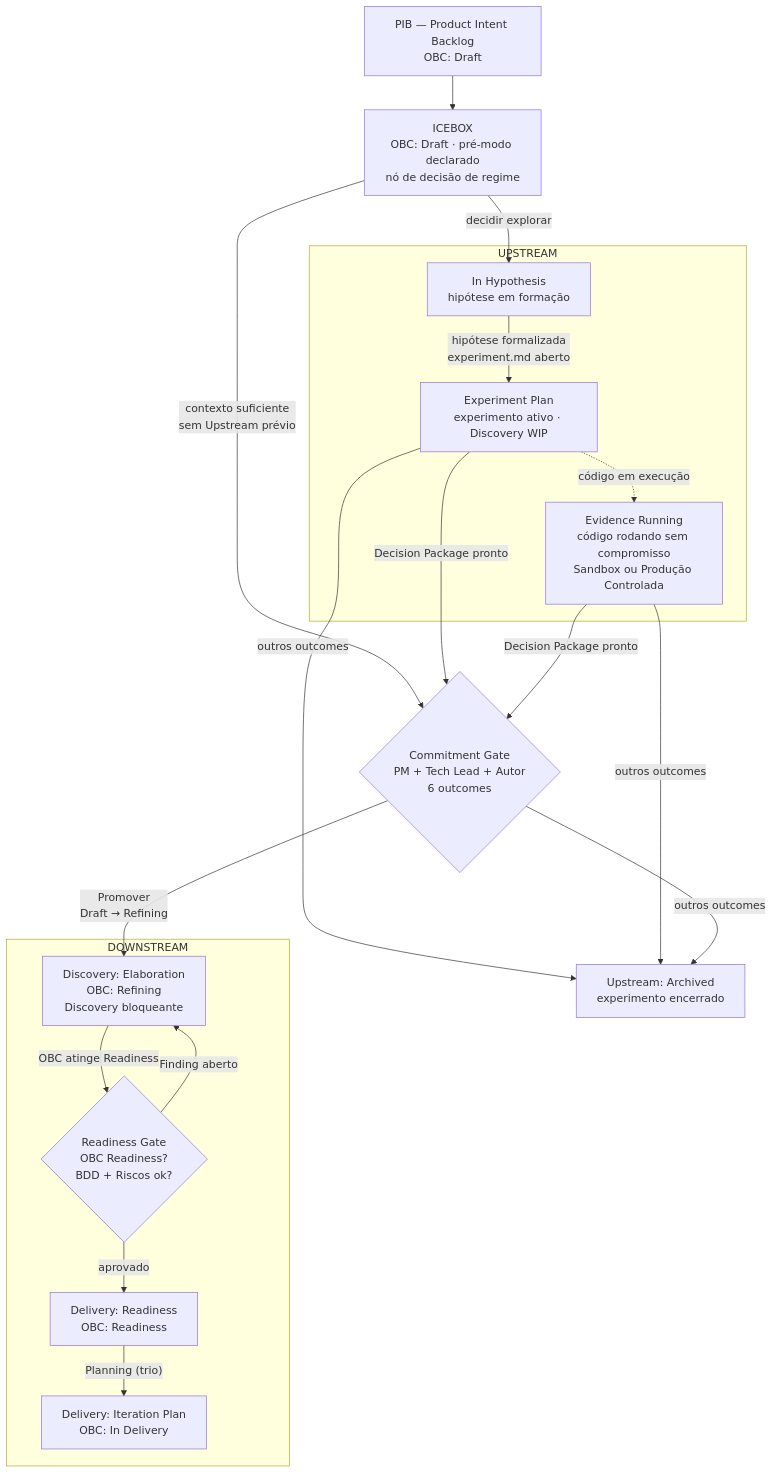
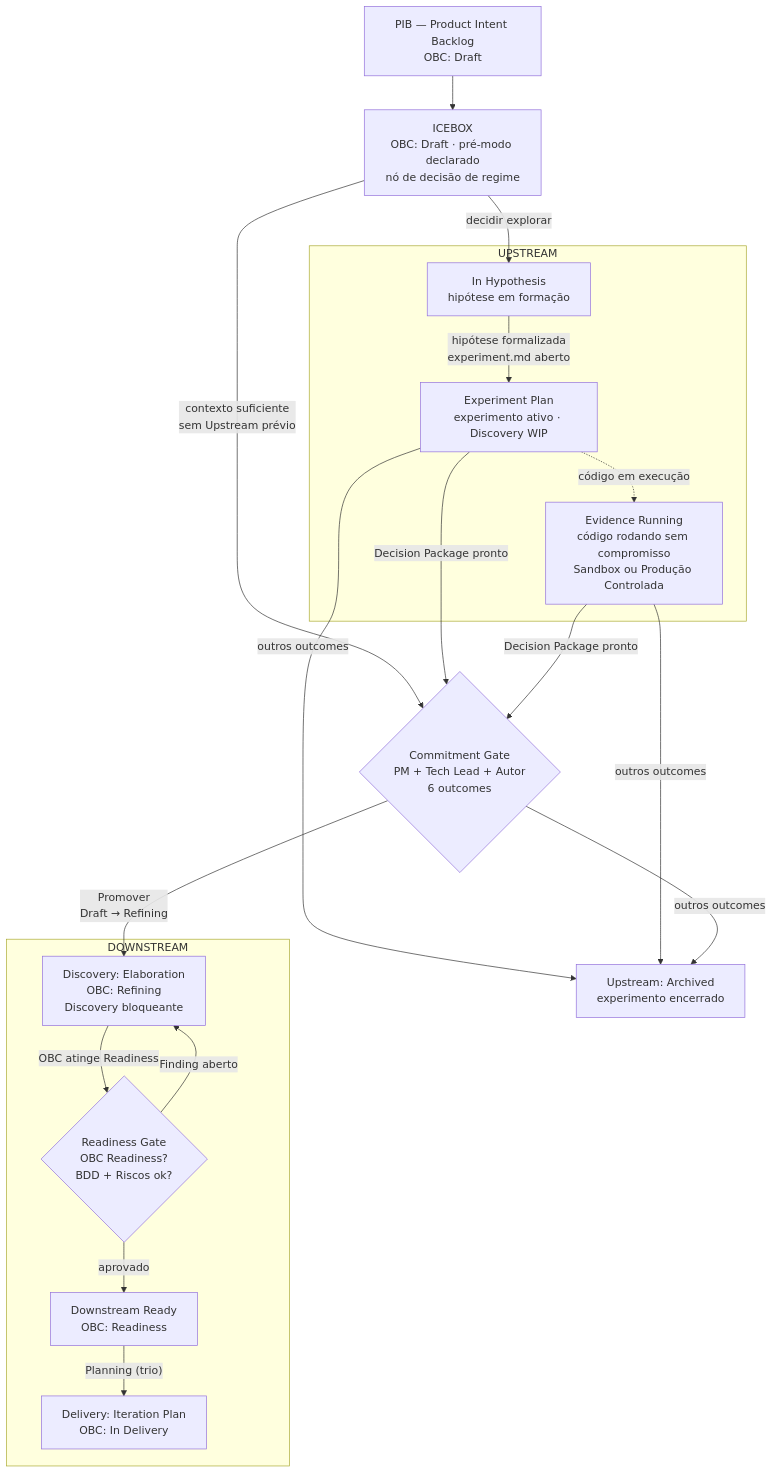
Before and after one commit to produtoreativo/from-intent-to-outcome: the third of 3 diagrams in capitulo-05.md, drawn with Mermaid. The commit also changed other lines of this file and 31 other files, not shown here.

````diff
--- a/capitulo-05.md
+++ b/capitulo-05.md
@@ -154,40 +154,40 @@
 ```mermaid
 flowchart TD
     PIB["PIB — Product Intent Backlog\nOBC: Draft"]
     ICE["ICEBOX\nOBC: Draft · pré-modo declarado\nnó de decisão de regime"]
 
     subgraph UP["UPSTREAM"]
         UH["In Hypothesis\nhipótese em formação"]
         EP["Experiment Plan\nexperimento ativo · Discovery WIP"]
         ER["Evidence Running\ncódigo rodando sem compromisso\nSandbox ou Produção Controlada"]
     end
     UA["Upstream: Archived\nexperimento encerrado"]
 
     CG{"Commitment Gate\nPM + Tech Lead + Autor\n6 outcomes"}
 
     subgraph DS["DOWNSTREAM"]
         DE["Discovery: Elaboration\nOBC: Refining\nDiscovery bloqueante"]
         RG{"Readiness Gate\nOBC Readiness?\nBDD + Riscos ok?"}
-        DRD["Delivery: Readiness\nOBC: Readiness"]
+        DRD["Downstream Ready\nOBC: Readiness"]
         DI["Delivery: Iteration Plan\nOBC: In Delivery"]
     end
 
     PIB --> ICE
     ICE -->|"decidir explorar"| UH
     ICE -->|"contexto suficiente\nsem Upstream prévio"| CG
 
     UH -->|"hipótese formalizada\nexperiment.md aberto"| EP
     EP -.->|"código em execução"| ER
     EP -->|"Decision Package pronto"| CG
     ER -->|"Decision Package pronto"| CG
     EP -->|"outros outcomes"| UA
     ER -->|"outros outcomes"| UA
 
     CG -->|"Promover\nDraft → Refining"| DE
     CG -->|"outros outcomes"| UA
 
     DE -->|"OBC atinge Readiness"| RG
     RG -->|"aprovado"| DRD
     RG -->|"Finding aberto"| DE
     DRD -->|"Planning (trio)"| DI
 ```
````
